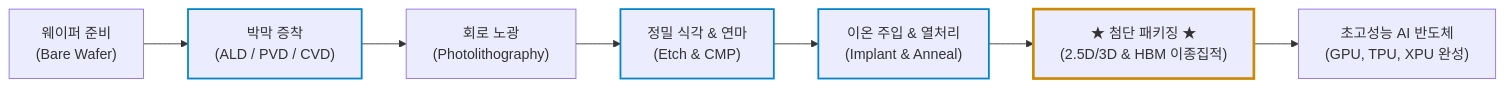
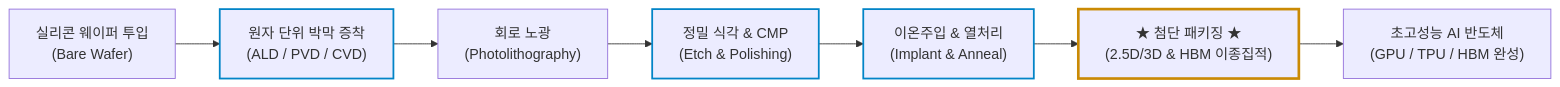
One commit to ju-sic/ju-sic.github.io changed the first of 2 diagrams in docs/stocks/2026/09/applied-materials.md. Above: the diagram before and after it, drawn with Mermaid. The commit also changed other lines of this file and 1 other file, not shown here.

````diff
--- a/docs/stocks/2026/09/applied-materials.md
+++ b/docs/stocks/2026/09/applied-materials.md
@@ -44,14 +45,14 @@
 ```mermaid
 flowchart LR
-    A["웨이퍼 준비<br>(Bare Wafer)"] --> B["박막 증착<br>(ALD / PVD / CVD)"]
+    A["실리콘 웨이퍼 투입<br>(Bare Wafer)"] --> B["원자 단위 박막 증착<br>(ALD / PVD / CVD)"]
     B --> C["회로 노광<br>(Photolithography)"]
-    C --> D["정밀 식각 & 연마<br>(Etch & CMP)"]
-    D --> E["이온 주입 & 열처리<br>(Implant & Anneal)"]
+    C --> D["정밀 식각 & CMP<br>(Etch & Polishing)"]
+    D --> E["이온주입 & 열처리<br>(Implant & Anneal)"]
     E --> F["★ 첨단 패키징 ★<br>(2.5D/3D & HBM 이종집적)"]
-    F --> G["초고성능 AI 반도체<br>(GPU, TPU, XPU 완성)"]
+    F --> G["초고성능 AI 반도체<br>(GPU / TPU / HBM 완성)"]
 
     style B stroke:#0284c7,stroke-width:2px
     style D stroke:#0284c7,stroke-width:2px
     style E stroke:#0284c7,stroke-width:2px
     style F stroke:#ca8a04,stroke-width:3px
 ```
````
